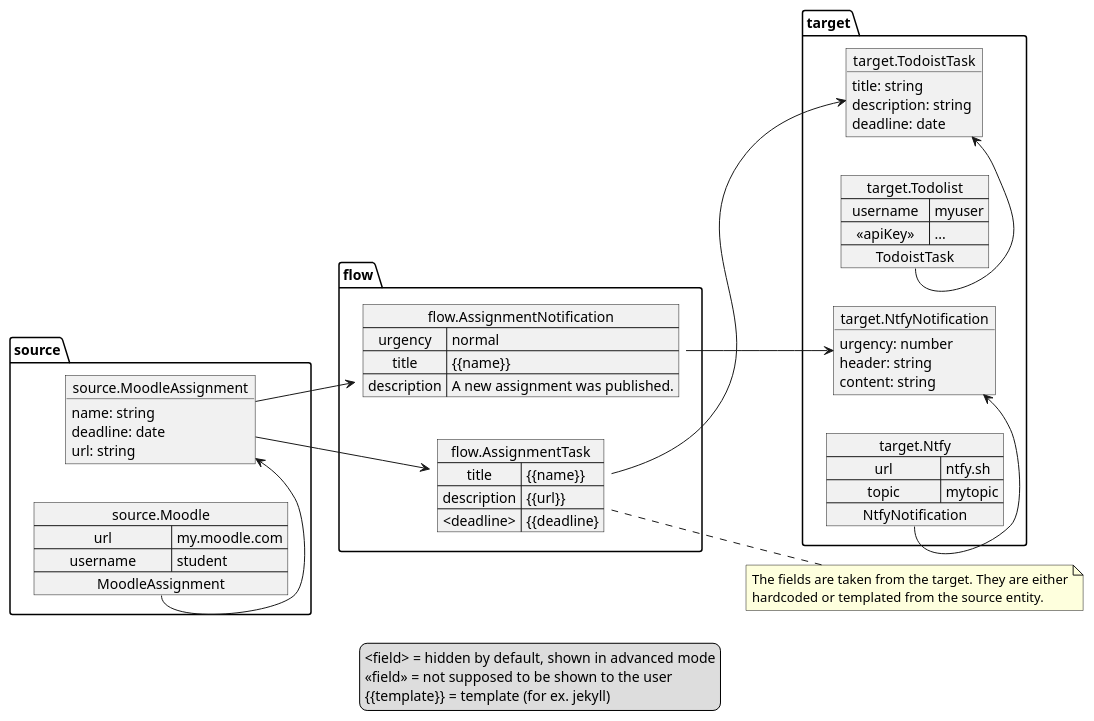
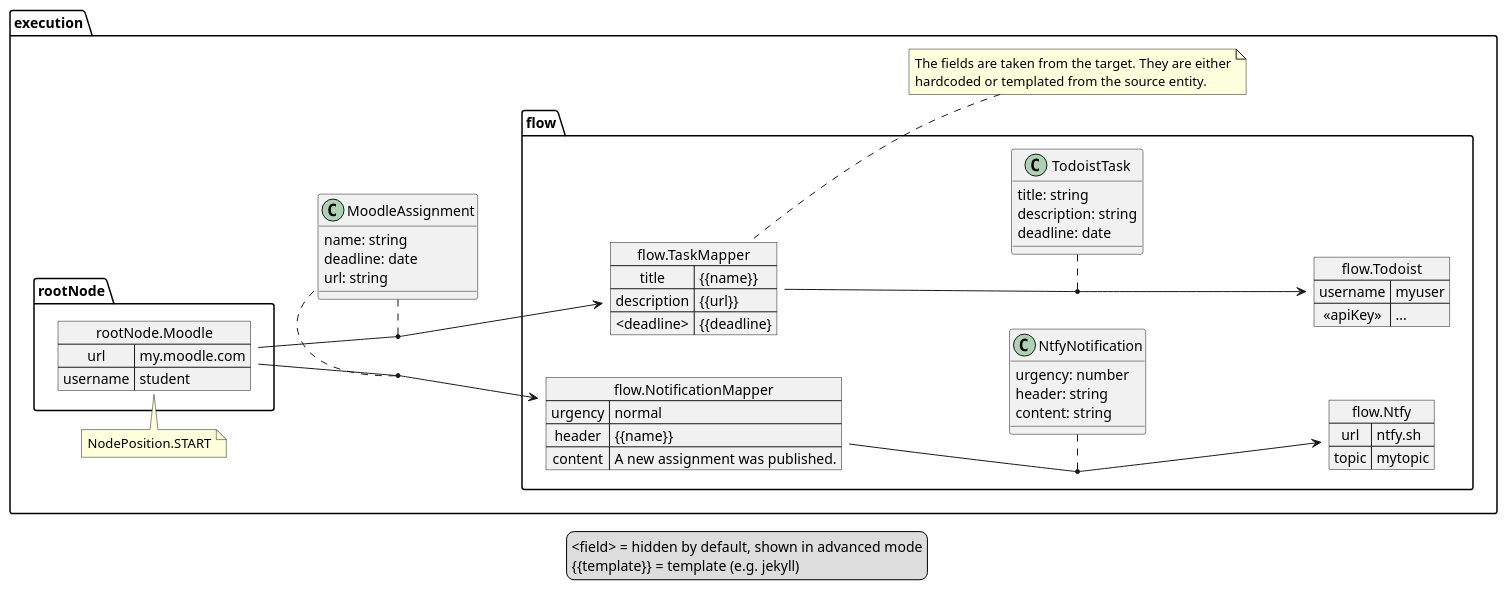
Before and after one commit to SnotyMe/snoty-backend: the diagram in docs/flows.puml, drawn with PlantUML.

Commit message:
Update `flows.puml` diagram

```diff
--- a/docs/flows.puml
+++ b/docs/flows.puml
@@ -1,66 +1,69 @@
 @startuml
 left to right direction
 
-object source.MoodleAssignment {
+namespace execution {
+class MoodleAssignment {
     name: string
     deadline: date
     url: string
 }
 
-map source.Moodle {
+map rootNode.Moodle {
     url => my.moodle.com
     username => student
-    MoodleAssignment *-> MoodleAssignment
 }
+note top of rootNode.Moodle : NodePosition.START
 
-object target.TodoistTask {
-    title: string
-    description: string
-    deadline: date
-}
-map target.Todolist {
-    username => myuser
-    <<apiKey>> => ...
-    TodoistTask *-> TodoistTask
-}
-
-
-object target.NtfyNotification {
+class flow.NtfyNotification {
     urgency: number
     header: string
     content: string
 }
 
-map target.Ntfy {
+map flow.NotificationMapper {
+    urgency => normal
+    header => {{name}}
+    content => A new assignment was published.
+}
+
+map flow.Ntfy {
     url => ntfy.sh
     topic => mytopic
-    NtfyNotification *-> NtfyNotification
 }
 
-map flow.AssignmentNotification {
-    urgency => normal
-    title => {{name}}
-    description => A new assignment was published.
-}
+rootNode.Moodle --> flow.NotificationMapper
+(rootNode.Moodle, flow.NotificationMapper) .. MoodleAssignment
+flow.NotificationMapper --> flow.Ntfy
+(flow.NotificationMapper, flow.Ntfy) .. flow.NtfyNotification
 
-source.MoodleAssignment --> flow.AssignmentNotification
-flow.AssignmentNotification --> target.NtfyNotification
-
-map flow.AssignmentTask {
+map flow.TaskMapper {
     title => {{name}}
     description => {{url}}
     <deadline> => {{deadline}
 }
 
-source.MoodleAssignment --> flow.AssignmentTask
-flow.AssignmentTask --> target.TodoistTask
+class flow.TodoistTask {
+    title: string
+    description: string
+    deadline: date
+}
 
-note right of flow.AssignmentTask : The fields are taken from the target. They are either\nhardcoded or templated from the source entity.
+map flow.Todoist {
+    username => myuser
+    <<apiKey>> => ...
+}
+
+rootNode.Moodle --> flow.TaskMapper
+(rootNode.Moodle, flow.TaskMapper) .. MoodleAssignment
+flow.TaskMapper --> flow.Todoist
+(flow.TaskMapper, flow.Todoist) .. flow.TodoistTask
+
+note right of flow.TaskMapper : The fields are taken from the target. They are either\nhardcoded or templated from the source entity.
+}
 
 legend
 <field> = hidden by default, shown in advanced mode
-<<field>> = not supposed to be shown to the user
-{{template}} = template (for ex. jekyll)
+{{template}} = template (e.g. jekyll)
 end legend
 
 @enduml
```
